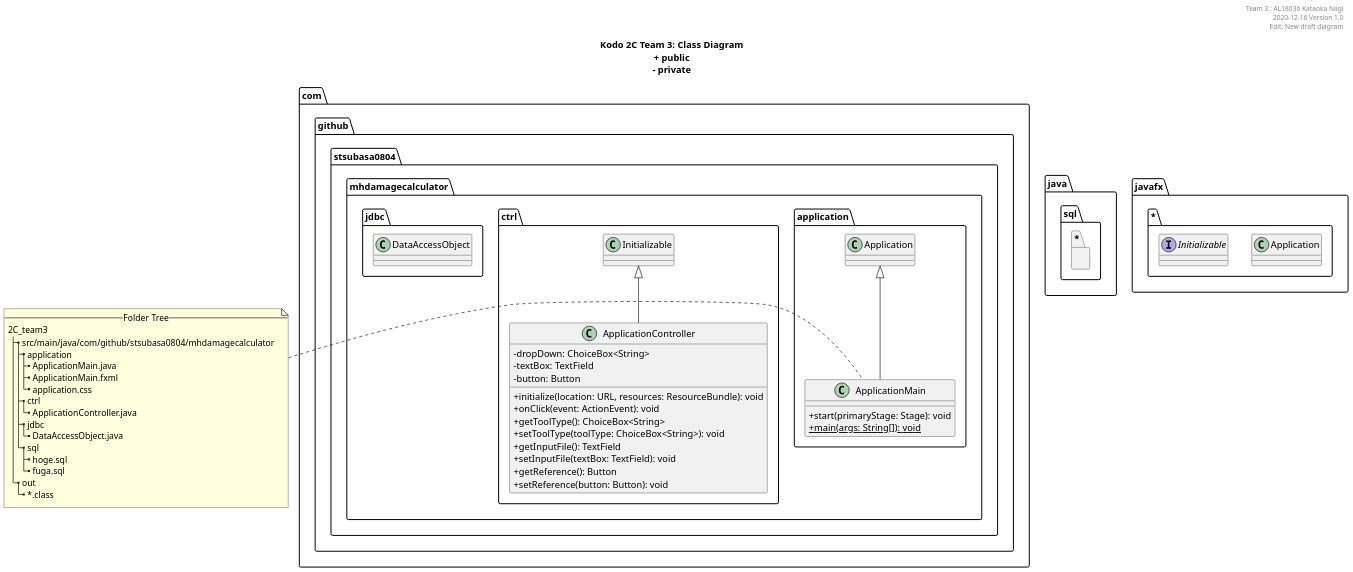
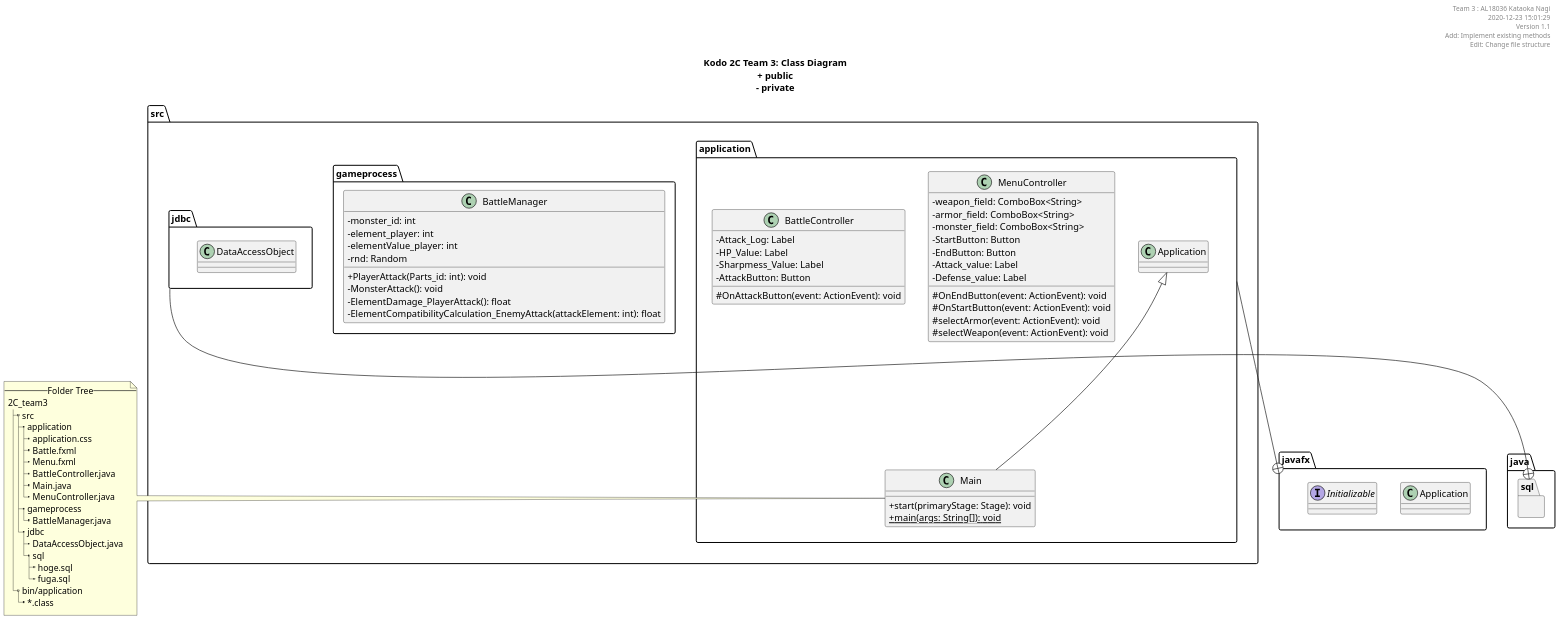
The diagram in uml/class_diagram.pu (KataokaNagi/2C_team3), drawn with PlantUML before and after one commit. The commit also changed 1 other file, not shown here.

Commit message:
クラス図：既存のコードを反映

```diff
--- a/uml/class_diagram.pu
+++ b/uml/class_diagram.pu
@@ -21,8 +21,10 @@
 
 header 
 Team 3 : AL18036 Kataoka Nagi
-2020-12-16 Version 1.0
-Edit: New draft diagram
+2020-12-23 15:01:29
+Version 1.1
+Add: Implement existing methods
+Edit: Change file structure
 end header
 
 ''''''''''''''''''''''''''''''''''''''''''''''''''
@@ -36,93 +38,137 @@
 
 ''''''''''''''''''''''''''''''''''''''''''''''''''''''''''''''''''''''''''''''''
 
-package com.github.stsubasa0804.mhdamagecalculator {
-  package com.github.stsubasa0804.mhdamagecalculator.application {
-    class ApplicationMain
+package src {
+  package src.application {
+    class Main
   }
-  package com.github.stsubasa0804.mhdamagecalculator.ctrl {
+  package src.gameprocess {
   }
-  package com.github.stsubasa0804.mhdamagecalculator.jdbc {
+  package src.jdbc {
   }
 }
-package java.sql.* {
-}
-package javafx.* {
-}
-' com.github.stsubasa0804.mhdamagecalculator.jdbc +-- java.sql.*
 
 ''''''''''''''''''''''''''''''''''''''''''''''''''''''''''''''''''''''''''''''''
 
 note left
   --Folder Tree--
   2C_team3
-  |_ src/main/java/com/github/stsubasa0804/mhdamagecalculator
+  |_ src
     |_ application
-      |_ ApplicationMain.java
-      |_ ApplicationMain.fxml
       |_ application.css
-    |_ ctrl
-      |_ ApplicationController.java
+      |_ Battle.fxml
+      |_ Menu.fxml
+      |_ BattleController.java
+      |_ Main.java
+      |_ MenuController.java
+    |_ gameprocess
+      |_ BattleManager.java
     |_ jdbc
       |_ DataAccessObject.java
-    |_ sql
-      |_ hoge.sql
-      |_ fuga.sql
-  |_ out
+      |_ sql
+        |_ hoge.sql
+        |_ fuga.sql
+  |_ bin/application
     |_ ~*.class
 end note
 
 ''''''''''''''''''''''''''''''''''''''''''''''''''''''''''''''''''''''''''''''''
 
-package javafx.* {
+package java.sql {
+}
+
+package javafx {
   class Application
   Interface Initializable
 }
+
+src.jdbc --+ java.sql
+src.application --+ javafx
 
 ''''''''''''''''''''''''''''''''''''''''''''''''''
 
 ' @note クラスの命名規則
 ' @see  https://qiita.com/KeithYokoma/items/ee21fec6a3ebb5d1e9a8
 
-package com.github.stsubasa0804.mhdamagecalculator.application {
+package src.application {
   ' @note Scene Builder (GUI tool)
   ' @see  https://qiita.com/tarosa0001/items/05ac653a091b7d1290f9
-  class ApplicationMain extends Application {
+  class Main extends Application {
     + start(primaryStage: Stage): void
     + {static} main(args: String[]): void
   }
+  
+  class MenuController {
+    - weapon_field: ComboBox<String>
+    - armor_field: ComboBox<String>
+    - monster_field: ComboBox<String>
+    -  StartButton: Button
+    -  EndButton: Button
+    -  Attack_value: Label
+    -  Defense_value: Label
+
+    # OnEndButton(event: ActionEvent): void
+    # OnStartButton(event: ActionEvent): void
+    # selectArmor(event: ActionEvent): void
+    # selectWeapon(event: ActionEvent): void
+  }
+
+  class BattleController {
+    - Attack_Log: Label
+    - HP_Value: Label
+    - Sharpmess_Value: Label
+    - AttackButton: Button
+    
+    # OnAttackButton(event: ActionEvent): void
+  }
+}
+
+' 記事のクラス
+  ' class ApplicationController extends Initializable {
+  '   - dropDown: ChoiceBox<String>
+  '   - textBox: TextField
+  '   - button: Button
+
+  '   + initialize(location: URL, resources: ResourceBundle): void
+  '   + onClick(event: ActionEvent): void
+  '   + getToolType(): ChoiceBox<String>
+  '   + setToolType(toolType: ChoiceBox<String>): void
+  '   + getInputFile(): TextField
+  '   + setInputFile(textBox: TextField): void
+  '   + getReference(): Button
+  '   + setReference(button: Button): void
+  ' }
+
+
+''''''''''''''''''''''''''''''''''''''''''''''''''
+
+package src.gameprocess {
+  class BattleManager {
+    - monster_id: int
+    - element_player: int
+    - elementValue_player: int
+    - rnd: Random
+
+    + PlayerAttack(Parts_id: int): void
+    - MonsterAttack(): void
+    - ElementDamage_PlayerAttack(): float
+    - ElementCompatibilityCalculation_EnemyAttack(attackElement: int): float
 }
 
 ''''''''''''''''''''''''''''''''''''''''''''''''''
 
-package com.github.stsubasa0804.mhdamagecalculator.ctrl {
-' @note Scene Builder (GUI tool)
-' @see  https://qiita.com/tarosa0001/items/05ac653a091b7d1290f9
-  class ApplicationController extends Initializable {
-    - dropDown: ChoiceBox<String>
-    - textBox: TextField
-    - button: Button
-
-    + initialize(location: URL, resources: ResourceBundle): void
-    + onClick(event: ActionEvent): void
-    + getToolType(): ChoiceBox<String>
-    + setToolType(toolType: ChoiceBox<String>): void
-    + getInputFile(): TextField
-    + setInputFile(textBox: TextField): void
-    + getReference(): Button
-    + setReference(button: Button): void
-  }
-}
-
-''''''''''''''''''''''''''''''''''''''''''''''''''
-
-package com.github.stsubasa0804.mhdamagecalculator.jdbc {
+package src.jdbc {
   ' @note DAO pattern
   ' @see https://kanda-it-school-kensyu.com/java-jdbc-contents/jj_ch04/jj_0401/
   class DataAccessObject
 }
 
 ''''''''''''''''''''''''''''''''''''''''''''''''''''''''''''''''''''''''''''''''
+
+
+
+''''''''''''''''''''''''''''''''''''''''''''''''''
+
 
 ' ********** PlantUML Sample **********
 
```
